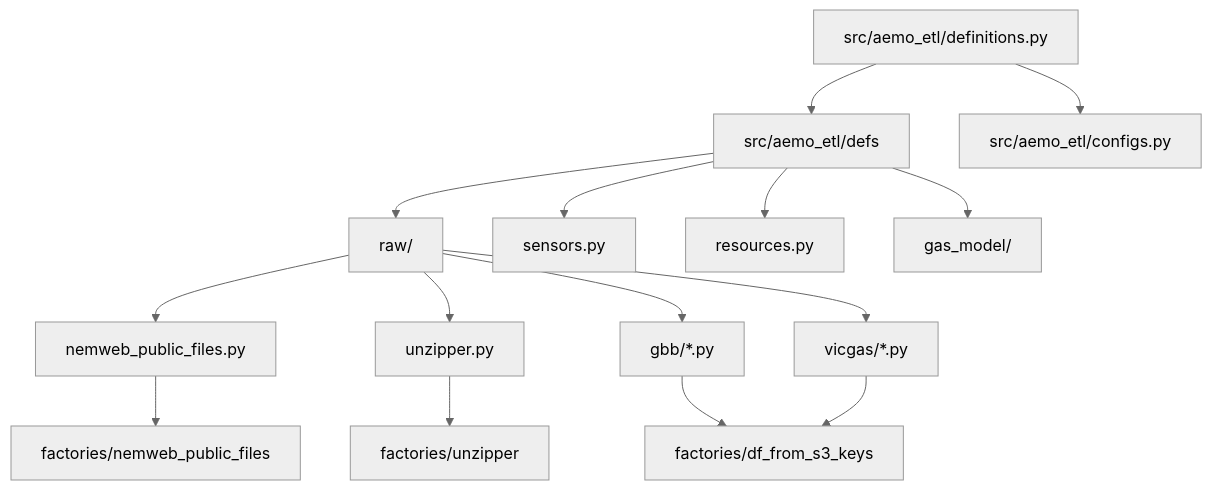
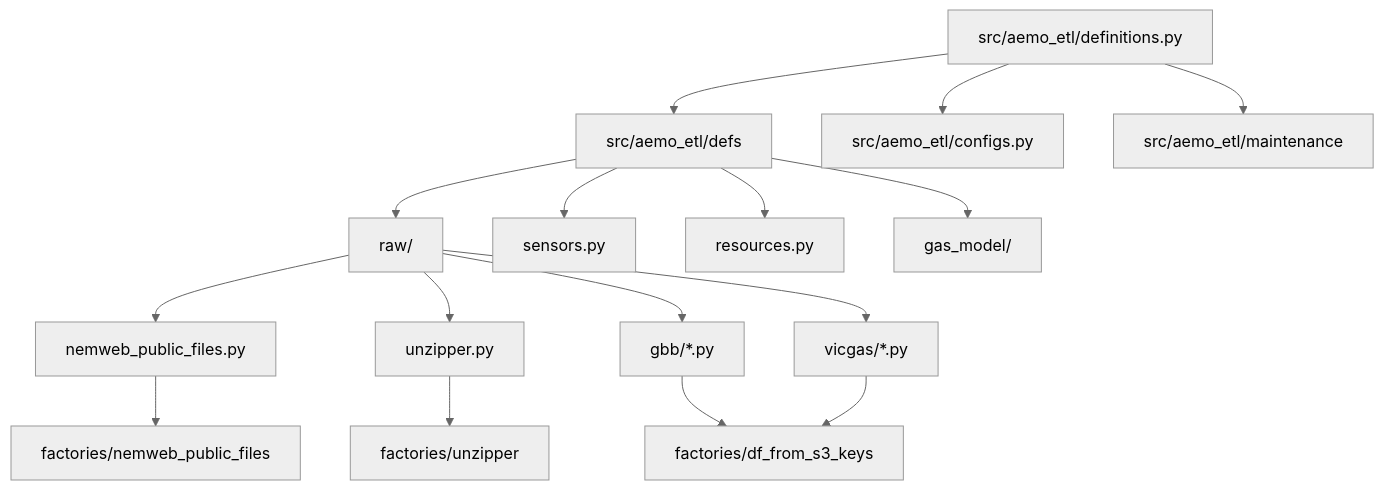
Before and after one commit to Chr1sC0de/energy-market-delta-lake: the second of 2 diagrams in backend-services/dagster-user/aemo-etl/docs/architecture/high_level_architecture.md, drawn with Mermaid (neutral theme). The commit also changed other lines of this file and 9 other files, not shown here.

````diff
--- a/backend-services/dagster-user/aemo-etl/docs/architecture/high_level_architecture.md
+++ b/backend-services/dagster-user/aemo-etl/docs/architecture/high_level_architecture.md
@@ -191,20 +204,21 @@
 ```mermaid
 flowchart TD
     Definitions["src/aemo_etl/definitions.py"] --> Defs["src/aemo_etl/defs"]
     Definitions --> Config["src/aemo_etl/configs.py"]
+    Definitions --> Maintenance["src/aemo_etl/maintenance"]
 
     Defs --> Raw["raw/"]
     Defs --> Sensors["sensors.py"]
     Defs --> Resources["resources.py"]
     Defs --> GasModel["gas_model/"]
 
     Raw --> NemwebDefs["nemweb_public_files.py"]
     Raw --> UnzipDefs["unzipper.py"]
     Raw --> GBB["gbb/*.py"]
     Raw --> VICGAS["vicgas/*.py"]
 
     GBB --> DFFactory["factories/df_from_s3_keys"]
     VICGAS --> DFFactory
     NemwebDefs --> NemwebFactory["factories/nemweb_public_files"]
     UnzipDefs --> UnzipFactory["factories/unzipper"]
 ```
````
